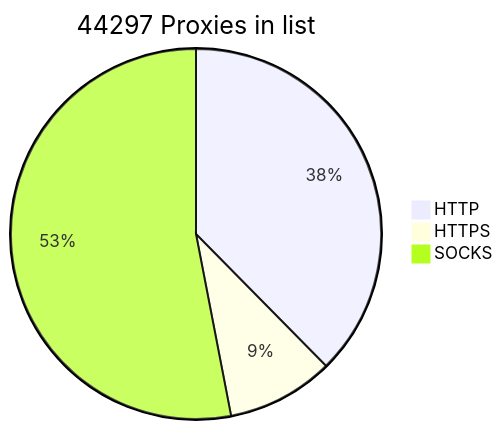
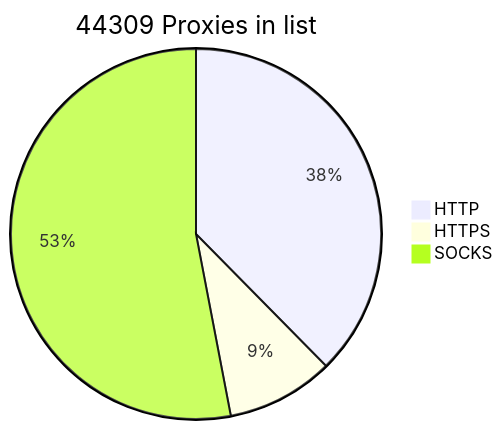
Before and after one commit to BlackSnowDot/proxylist-update-every-minute: the diagram in README.md, drawn with Mermaid. The commit also changed other lines of this file, not shown here.

````diff
--- a/README.md
+++ b/README.md
@@ -2,6 +2,6 @@
 ```mermaid
-pie title 44297 Proxies in list
-    "HTTP" : 18139
-    "HTTPS": 4511
+pie title 44309 Proxies in list
+    "HTTP" : 18149
+    "HTTPS": 4522
     "SOCKS" : 25579
 ```
````
